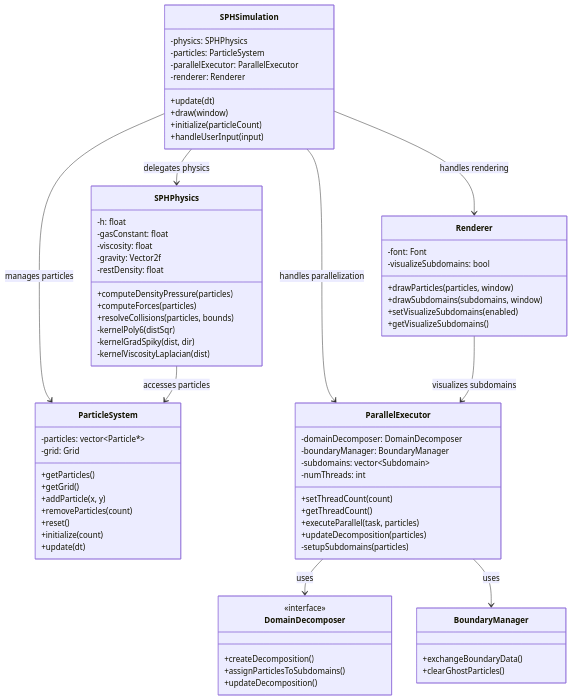
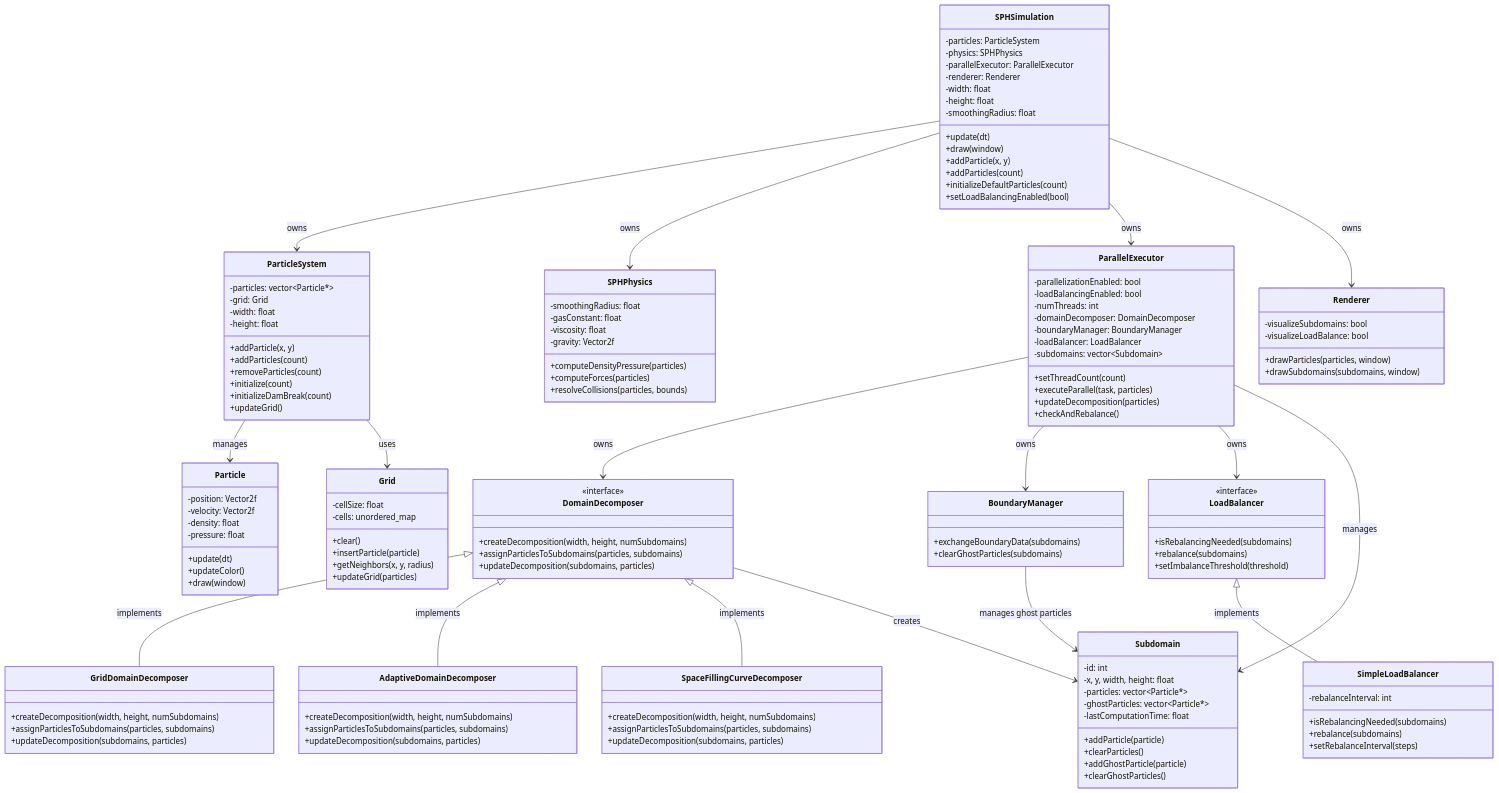
Before and after one commit to huypham37/sph: the diagram in diagram/architecture.md, drawn with Mermaid. The commit also changed other lines of this file and 32 other files, not shown here.

````diff
--- a/diagram/architecture.md
+++ b/diagram/architecture.md
@@ -89,81 +1,159 @@
-```mermaid 
+```mermaid
 classDiagram
     class SPHSimulation {
+        -particles: ParticleSystem
         -physics: SPHPhysics
-        -particles: ParticleSystem
         -parallelExecutor: ParallelExecutor
         -renderer: Renderer
+        -width: float
+        -height: float
+        -smoothingRadius: float
         +update(dt)
         +draw(window)
-        +initialize(particleCount)
-        +handleUserInput(input)
-    }
-    
-    class SPHPhysics {
-        -h: float
-        -gasConstant: float
-        -viscosity: float
-        -gravity: Vector2f
-        -restDensity: float
-        +computeDensityPressure(particles)
-        +computeForces(particles)
-        +resolveCollisions(particles, bounds)
-        -kernelPoly6(distSqr)
-        -kernelGradSpiky(dist, dir)
-        -kernelViscosityLaplacian(dist)
+        +addParticle(x, y)
+        +addParticles(count)
+        +initializeDefaultParticles(count)
+        +setLoadBalancingEnabled(bool)
     }
     
     class ParticleSystem {
         -particles: vector~Particle*~
         -grid: Grid
-        +getParticles()
-        +getGrid()
+        -width: float
+        -height: float
         +addParticle(x, y)
+        +addParticles(count)
         +removeParticles(count)
-        +reset()
         +initialize(count)
-        +update(dt)
+        +initializeDamBreak(count)
+        +updateGrid()
+    }
+    
+    class SPHPhysics {
+        -smoothingRadius: float
+        -gasConstant: float
+        -viscosity: float
+        -gravity: Vector2f
+        +computeDensityPressure(particles)
+        +computeForces(particles)
+        +resolveCollisions(particles, bounds)
     }
     
     class ParallelExecutor {
+        -parallelizationEnabled: bool
+        -loadBalancingEnabled: bool
+        -numThreads: int
         -domainDecomposer: DomainDecomposer
         -boundaryManager: BoundaryManager
+        -loadBalancer: LoadBalancer
         -subdomains: vector~Subdomain~
-        -numThreads: int
         +setThreadCount(count)
-        +getThreadCount()
         +executeParallel(task, particles)
         +updateDecomposition(particles)
-        -setupSubdomains(particles)
+        +checkAndRebalance()
     }
     
     class Renderer {
-        -font: Font
         -visualizeSubdomains: bool
+        -visualizeLoadBalance: bool
         +drawParticles(particles, window)
         +drawSubdomains(subdomains, window)
-        +setVisualizeSubdomains(enabled)
-        +getVisualizeSubdomains()
     }
-
+    
     class DomainDecomposer {
         <<interface>>
-        +createDecomposition()
-        +assignParticlesToSubdomains()
-        +updateDecomposition()
+        +createDecomposition(width, height, numSubdomains)
+        +assignParticlesToSubdomains(particles, subdomains)
+        +updateDecomposition(subdomains, particles)
+    }
+    
+    class GridDomainDecomposer {
+        +createDecomposition(width, height, numSubdomains)
+        +assignParticlesToSubdomains(particles, subdomains)
+        +updateDecomposition(subdomains, particles)
+    }
+    
+    class AdaptiveDomainDecomposer {
+        +createDecomposition(width, height, numSubdomains)
+        +assignParticlesToSubdomains(particles, subdomains)
+        +updateDecomposition(subdomains, particles)
+    }
+    
+    class SpaceFillingCurveDecomposer {
+        +createDecomposition(width, height, numSubdomains)
+        +assignParticlesToSubdomains(particles, subdomains)
+        +updateDecomposition(subdomains, particles)
     }
     
     class BoundaryManager {
-        +exchangeBoundaryData()
+        +exchangeBoundaryData(subdomains)
+        +clearGhostParticles(subdomains)
+    }
+    
+    class LoadBalancer {
+        <<interface>>
+        +isRebalancingNeeded(subdomains)
+        +rebalance(subdomains)
+        +setImbalanceThreshold(threshold)
+    }
+    
+    class SimpleLoadBalancer {
+        -rebalanceInterval: int
+        +isRebalancingNeeded(subdomains)
+        +rebalance(subdomains)
+        +setRebalanceInterval(steps)
+    }
+    
+    class Subdomain {
+        -id: int
+        -x, y, width, height: float
+        -particles: vector~Particle*~
+        -ghostParticles: vector~Particle*~
+        -lastComputationTime: float
+        +addParticle(particle)
+        +clearParticles()
+        +addGhostParticle(particle)
         +clearGhostParticles()
     }
     
-    SPHSimulation --> SPHPhysics : delegates physics
-    SPHSimulation --> ParticleSystem : manages particles
-    SPHSimulation --> ParallelExecutor : handles parallelization
-    SPHSimulation --> Renderer : handles rendering
-    ParallelExecutor --> DomainDecomposer : uses
-    ParallelExecutor --> BoundaryManager : uses
-    SPHPhysics --> ParticleSystem : accesses particles
-    Renderer --> ParallelExecutor : visualizes subdomains
+    class Particle {
+        -position: Vector2f
+        -velocity: Vector2f
+        -density: float
+        -pressure: float
+        +update(dt)
+        +updateColor()
+        +draw(window)
+    }
+    
+    class Grid {
+        -cellSize: float
+        -cells: unordered_map
+        +clear()
+        +insertParticle(particle)
+        +getNeighbors(x, y, radius)
+        +updateGrid(particles)
+    }
+    
+    SPHSimulation --> ParticleSystem : owns
+    SPHSimulation --> SPHPhysics : owns
+    SPHSimulation --> ParallelExecutor : owns
+    SPHSimulation --> Renderer : owns
+    
+    ParticleSystem --> Particle : manages
+    ParticleSystem --> Grid : uses
+    
+    ParallelExecutor --> DomainDecomposer : owns
+    ParallelExecutor --> BoundaryManager : owns
+    ParallelExecutor --> LoadBalancer : owns
+    ParallelExecutor --> Subdomain : manages
+    
+    DomainDecomposer <|-- GridDomainDecomposer : implements
+    DomainDecomposer <|-- AdaptiveDomainDecomposer : implements
+    DomainDecomposer <|-- SpaceFillingCurveDecomposer : implements
+    
+    LoadBalancer <|-- SimpleLoadBalancer : implements
+    
+    BoundaryManager --> Subdomain : manages ghost particles
+    DomainDecomposer --> Subdomain : creates
 ```
````
